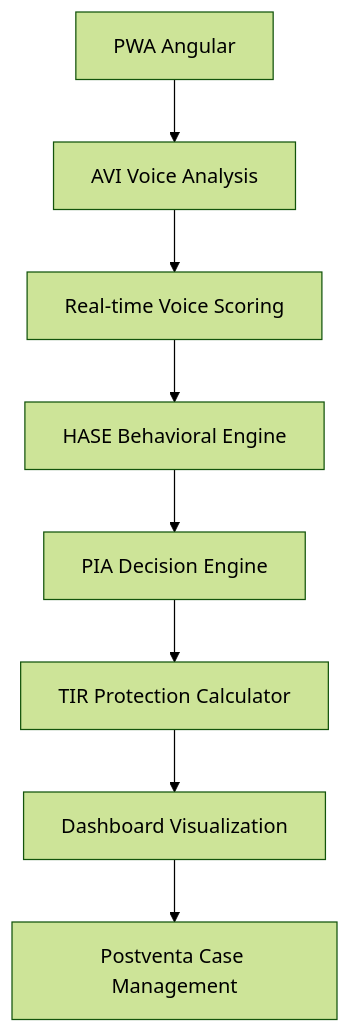
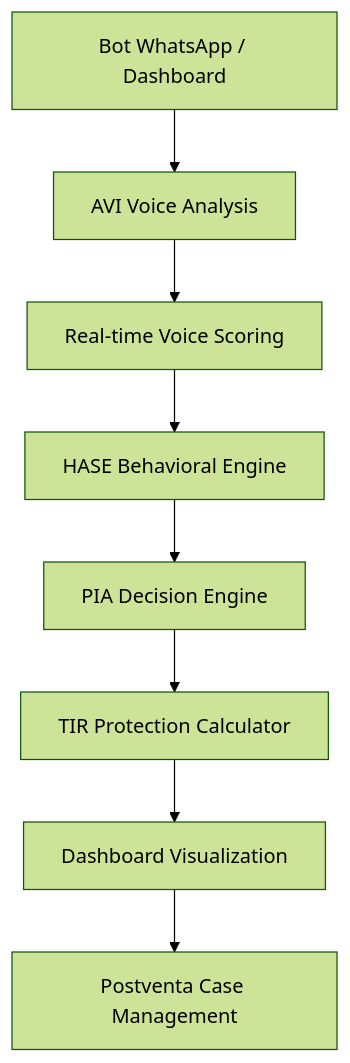
One commit to josuehernandeztapia/rag-proactive-lab changed the diagram in README.md. Above: the diagram before and after it, drawn with Mermaid (forest theme). The commit also changed other lines of this file and 144 other files, not shown here.

````diff
--- a/README.md
+++ b/README.md
@@ -113,10 +111,10 @@
 ```mermaid
 graph TD
-    A[PWA Angular] --> B[AVI Voice Analysis]
+    A[Bot WhatsApp / Dashboard] --> B[AVI Voice Analysis]
     B --> C[Real-time Voice Scoring]
     C --> D[HASE Behavioral Engine]
     D --> E[PIA Decision Engine]
     E --> F[TIR Protection Calculator]
     F --> G[Dashboard Visualization]
     G --> H[Postventa Case Management]
 ```
````
